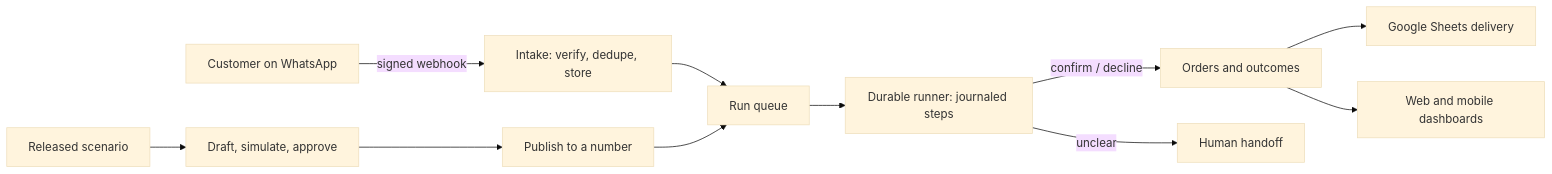
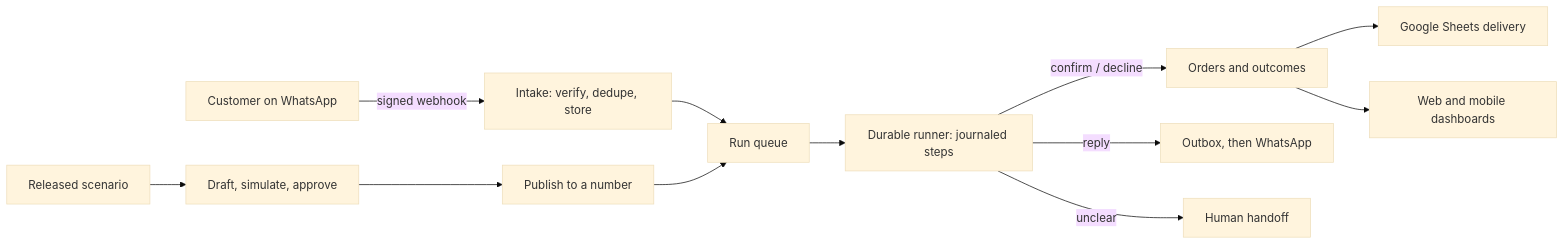
Before and after one commit to Oumrane-Echidmi/SuperAgent: the first of 2 diagrams in README.md, drawn with Mermaid (base theme). The commit also changed other lines of this file and 27 other files, not shown here.

Commit message:
Add outbound WhatsApp replies, scenario library, AI-generated workflows and automation guide

````diff
--- a/README.md
+++ b/README.md
@@ -62,13 +66,14 @@
 ```mermaid
 flowchart LR
     C["Customer on WhatsApp"] -->|signed webhook| I["Intake: verify, dedupe, store"]
     I --> Q["Run queue"]
     S["Released scenario"] --> D["Draft, simulate, approve"]
     D --> P["Publish to a number"]
     P --> Q
     Q --> R["Durable runner: journaled steps"]
     R -->|confirm / decline| O["Orders and outcomes"]
+    R -->|reply| X["Outbox, then WhatsApp"]
     R -->|unclear| H["Human handoff"]
     O --> G["Google Sheets delivery"]
     O --> W["Web and mobile dashboards"]
 ```
````
